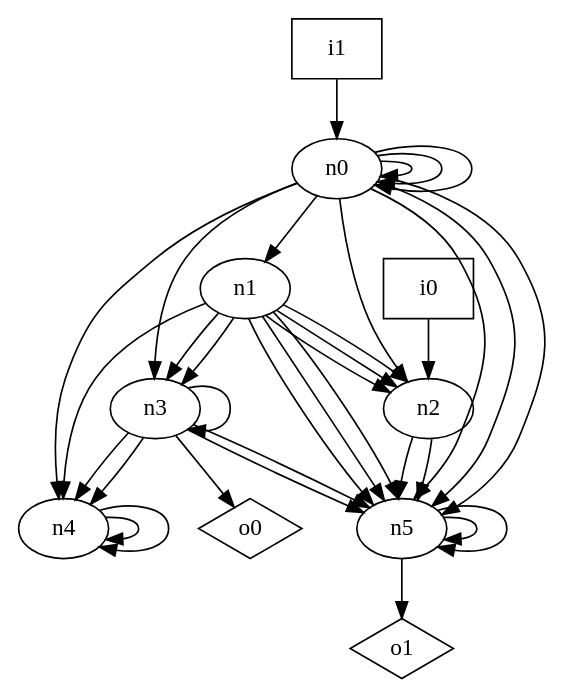
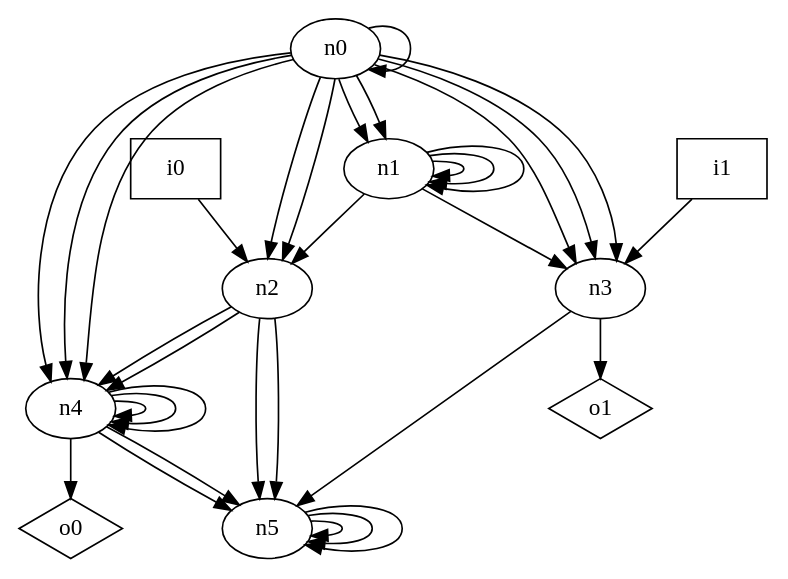
The diagram in dot_files/random/random_DAG_graph.dot (p9romain/bool-circuits), drawn with Graphviz before and after one commit. The commit also changed 22 other files, not shown here.

```diff
--- a/dot_files/random/random_DAG_graph.dot
+++ b/dot_files/random/random_DAG_graph.dot
@@ -1,46 +1,45 @@
 digraph G {
 n0 [label="n0"];
 n1 [label="n1"];
 n2 [label="n2"];
 n3 [label="n3"];
 n4 [label="n4"];
 n5 [label="n5"];
 n6 [label="i0",shape="box"];
 n7 [label="i1",shape="box"];
 n8 [label="o0",shape="diamond"];
 n9 [label="o1",shape="diamond"];
 n0 -> n0
-n0 -> n0
-n0 -> n0
+n0 -> n1
 n0 -> n1
 n0 -> n2
+n0 -> n2
+n0 -> n3
+n0 -> n3
 n0 -> n3
 n0 -> n4
-n0 -> n5
-n0 -> n5
-n0 -> n5
-n1 -> n2
-n1 -> n2
+n0 -> n4
+n0 -> n4
+n1 -> n1
+n1 -> n1
+n1 -> n1
 n1 -> n2
 n1 -> n3
-n1 -> n3
-n1 -> n4
-n1 -> n5
-n1 -> n5
-n1 -> n5
+n2 -> n4
+n2 -> n4
 n2 -> n5
 n2 -> n5
-n3 -> n3
-n3 -> n4
-n3 -> n4
 n3 -> n5
-n3 -> n5
-n3 -> n8
+n3 -> n9
 n4 -> n4
 n4 -> n4
+n4 -> n4
+n4 -> n5
+n4 -> n5
+n4 -> n8
 n5 -> n5
 n5 -> n5
-n5 -> n9
+n5 -> n5
 n6 -> n2
-n7 -> n0
+n7 -> n3
 }
```
